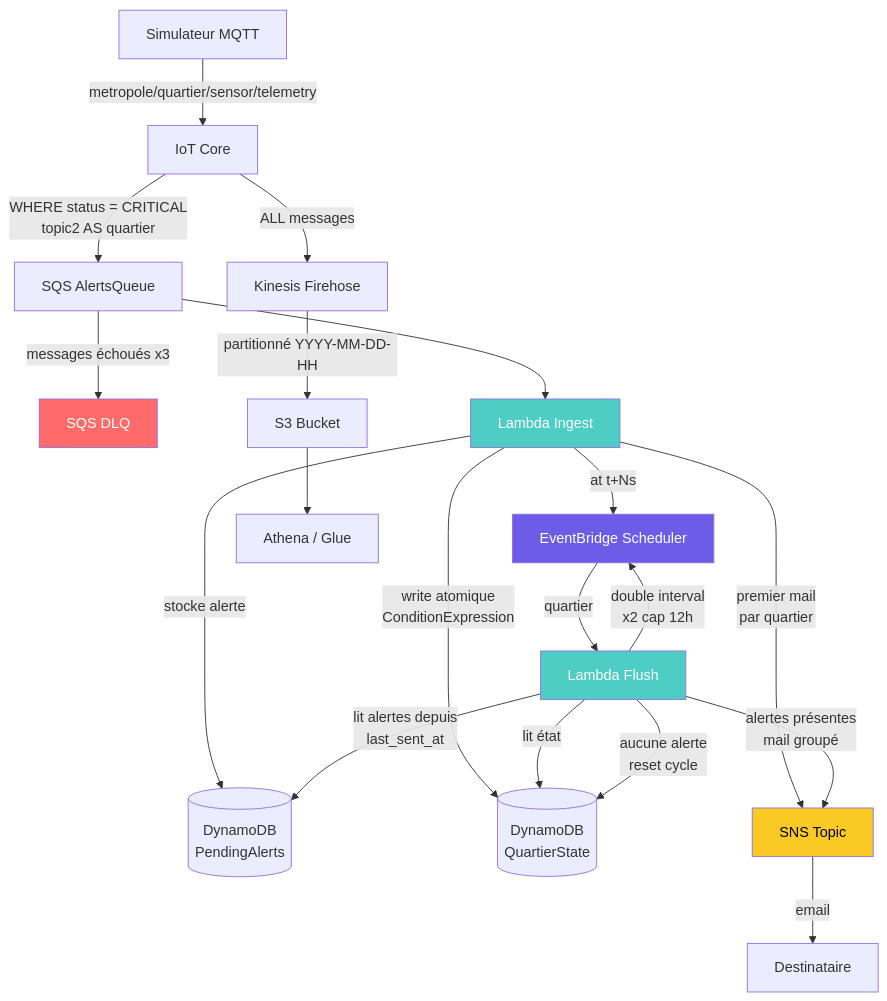
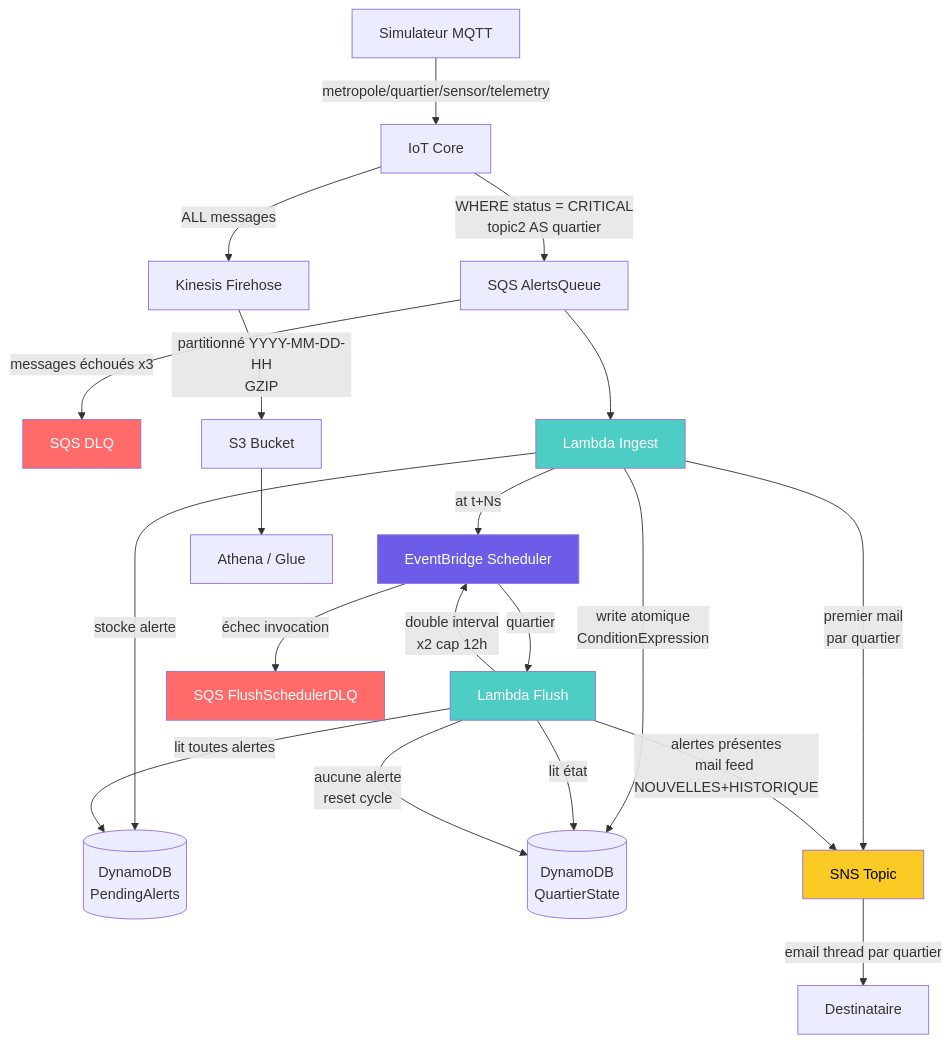
One commit to ARr0x/EcoSense changed the diagram in README.md. Above: the diagram before and after it, drawn with Mermaid. The commit also changed other lines of this file and 12 other files, not shown here.

````diff
--- a/README.md
+++ b/README.md
@@ -9,34 +9,36 @@
 ```mermaid
 flowchart TD
      SIM[Simulateur MQTT] -->|metropole/quartier/sensor/telemetry| IOT[IoT Core]
 
      IOT -->|WHERE status = CRITICAL\ntopic2 AS quartier| SQS[SQS AlertsQueue]
      IOT -->|ALL messages| FH[Kinesis Firehose]
      SQS -->|messages échoués x3| DLQ[SQS DLQ]
 
      SQS --> INGEST[Lambda Ingest]
 
      INGEST -->|stocke alerte| PA[(DynamoDB\nPendingAlerts)]
      INGEST -->|write atomique\nConditionExpression| QS[(DynamoDB\nQuartierState)]
      INGEST -->|premier mail\npar quartier| SNS[SNS Topic]
      INGEST -->|at t+Ns| EB[EventBridge Scheduler]
 
      EB -->|quartier| FLUSH[Lambda Flush]
-     FLUSH -->|lit alertes depuis\nlast_sent_at| PA
+     EB -->|échec invocation| SDLQ[SQS FlushSchedulerDLQ]
+     FLUSH -->|lit toutes alertes| PA
      FLUSH -->|lit état| QS
 
-     FLUSH -->|alertes présentes\nmail groupé| SNS
+     FLUSH -->|alertes présentes\nmail feed NOUVELLES+HISTORIQUE| SNS
      FLUSH -->|double interval\nx2 cap 12h| EB
      FLUSH -->|aucune alerte\nreset cycle| QS
 
-     SNS -->|email| EMAIL[Destinataire]
+     SNS -->|email thread par quartier| EMAIL[Destinataire]
 
-     FH -->|partitionné YYYY-MM-DD-HH| S3[S3 Bucket]
+     FH -->|partitionné YYYY-MM-DD-HH\nGZIP| S3[S3 Bucket]
      S3 --> ATH[Athena / Glue]
 
      style DLQ fill:#ff6b6b,color:#fff
+     style SDLQ fill:#ff6b6b,color:#fff
      style FLUSH fill:#4ecdc4,color:#fff
      style INGEST fill:#4ecdc4,color:#fff
      style SNS fill:#f9ca24,color:#000
      style EB fill:#6c5ce7,color:#fff
 ```
````
